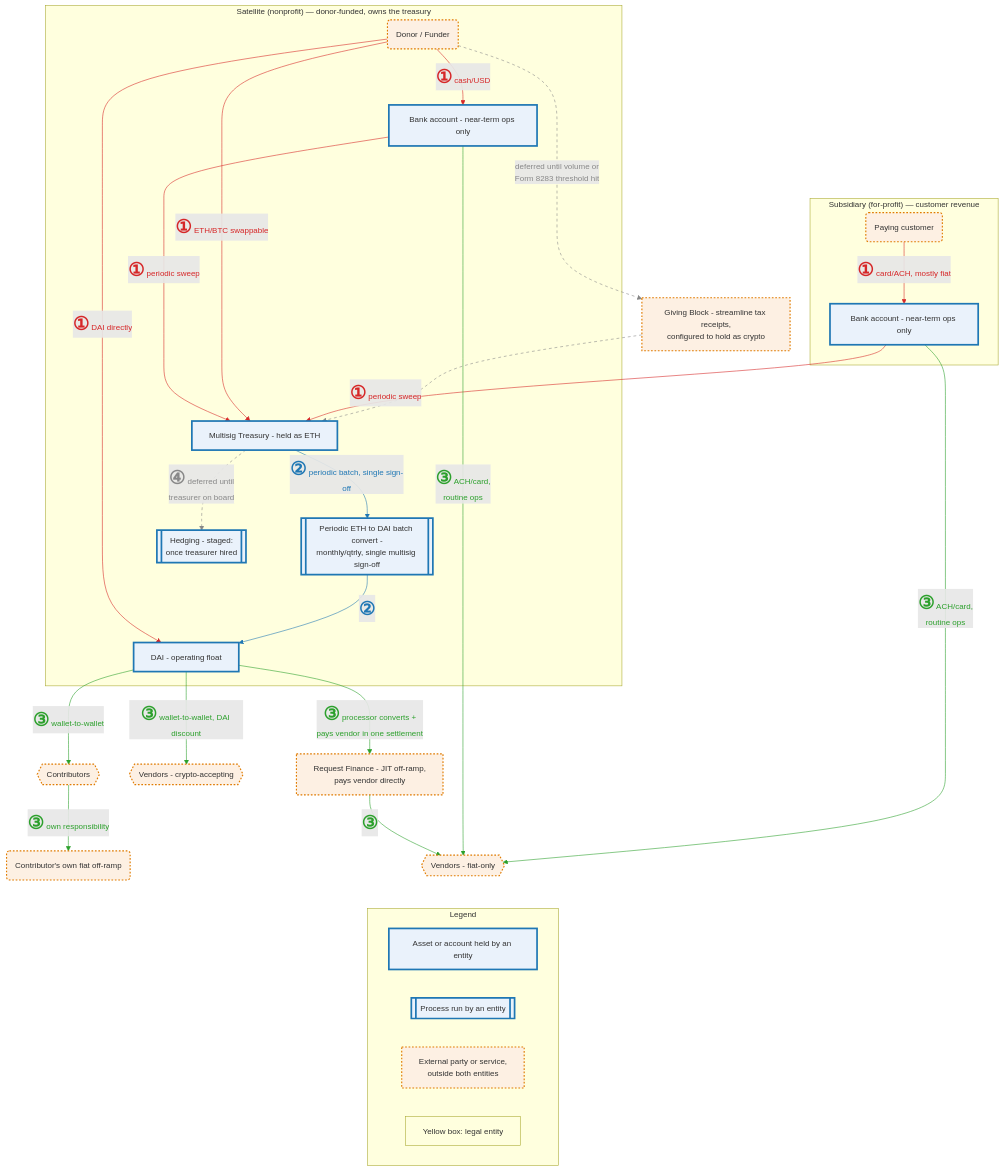
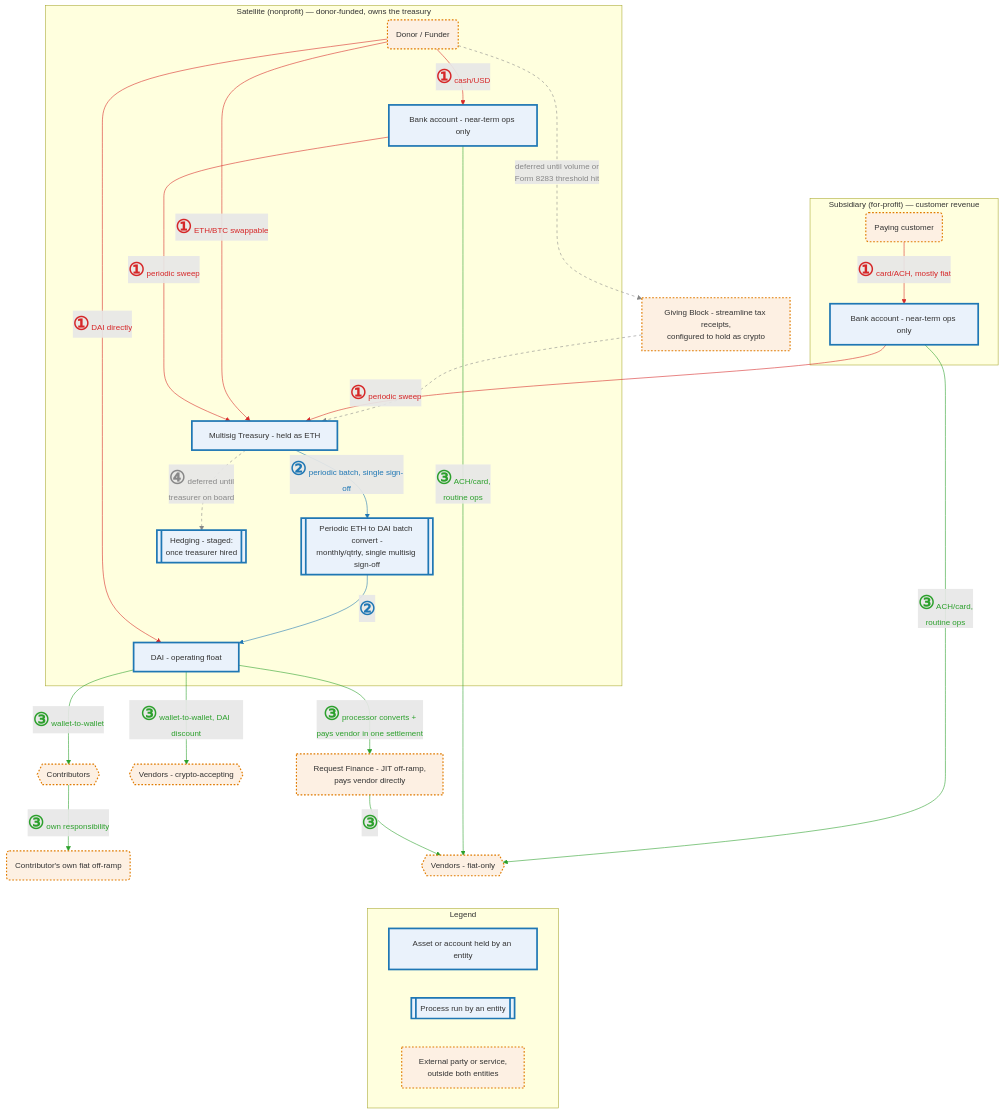
The diagram in governance/diagrams/fund-flows.mmd (doikayt/admin), drawn with Mermaid before and after one commit. The commit also changed 1 other file, not shown here.

Commit message:
docs: drop redundant legal-entity entry from fund-flows legend
The entity boxes already carry their own titles, and the legend's container was
itself a yellow box, so the entry was redundant and self-referential.

```diff
--- a/governance/diagrams/fund-flows.mmd
+++ b/governance/diagrams/fund-flows.mmd
@@ -1,70 +1,67 @@
 %%{init: {"themeVariables": {"fontSize": "14px"}}}%%
 flowchart TD
     subgraph SAT["Satellite (nonprofit) — donor-funded, owns the treasury"]
         Donor(Donor / Funder)
         SatBank[Bank account - near-term ops only]
         Treasury[Multisig Treasury - held as ETH]
         BatchConvert[[Periodic ETH to DAI batch convert -<br/>monthly/qtrly, single multisig sign-off]]
         DAIFloat[DAI - operating float]
         Hedge[[Hedging - staged:<br/>once treasurer hired]]
     end
 
     subgraph SUB["Subsidiary (for-profit) — customer revenue"]
         Customer(Paying customer)
         SubBank[Bank account - near-term ops only]
     end
 
     DonationProcessor[Giving Block - streamline tax receipts,<br/>configured to hold as crypto]
     Contributors{{Contributors}}
     ContribOfframp(Contributor's own fiat off-ramp)
     VendorsCrypto{{Vendors - crypto-accepting}}
     OffRampJIT[Request Finance - JIT off-ramp,<br/>pays vendor directly]
     VendorsFiat{{Vendors - fiat-only}}
 
     subgraph LEGEND["Legend"]
         L1[Asset or account held by an entity]
         L1b[[Process run by an entity]]
         L2[External party or service,<br/>outside both entities]
-        L3[Yellow box: legal entity]
     end
 
     Donor -- "<b style='font-size:2.3em'>①</b> cash/USD" --> SatBank
     SatBank -- "<b style='font-size:2.3em'>①</b> periodic sweep" --> Treasury
     Donor -- "<b style='font-size:2.3em'>①</b> DAI directly" --> DAIFloat
     Donor -- "<b style='font-size:2.3em'>①</b> ETH/BTC swappable" --> Treasury
     Customer -- "<b style='font-size:2.3em'>①</b> card/ACH, mostly fiat" --> SubBank
     SubBank -- "<b style='font-size:2.3em'>①</b> periodic sweep" --> Treasury
 
     Donor -.->|"deferred until volume or<br/>Form 8283 threshold hit"| DonationProcessor
 
     Treasury -- "<b style='font-size:2.3em'>②</b> periodic batch, single sign-off" --> BatchConvert
     BatchConvert -- "<b style='font-size:2.3em'>②</b>" --> DAIFloat
 
     DAIFloat -- "<b style='font-size:2.3em'>③</b> wallet-to-wallet" --> Contributors
     Contributors -- "<b style='font-size:2.3em'>③</b> own responsibility" --> ContribOfframp
     DAIFloat -- "<b style='font-size:2.3em'>③</b> wallet-to-wallet, DAI discount" --> VendorsCrypto
     DAIFloat -- "<b style='font-size:2.3em'>③</b> processor converts +<br/>pays vendor in one settlement" --> OffRampJIT
     OffRampJIT -- "<b style='font-size:2.3em'>③</b>" --> VendorsFiat
     SatBank -- "<b style='font-size:2.3em'>③</b> ACH/card,<br/>routine ops" --> VendorsFiat
     SubBank -- "<b style='font-size:2.3em'>③</b> ACH/card,<br/>routine ops" --> VendorsFiat
 
     Treasury -.->|"<b style='font-size:2.3em'>④</b> deferred until<br/>treasurer on board"| Hedge
 
     SatBank ~~~ Customer
     VendorsFiat ~~~ LEGEND
     DonationProcessor -.-> Treasury
 
     linkStyle 0,1,2,3,4,5 stroke:#d62728,color:#d62728
     linkStyle 7,8 stroke:#1f77b4,color:#1f77b4
     linkStyle 9,10,11,12,13,14,15 stroke:#2ca02c,color:#2ca02c
     linkStyle 6,16,19 stroke:#888888,color:#888888,stroke-dasharray: 5 5
 
     classDef owned fill:#eaf2fb,stroke:#1f77b4,stroke-width:3px
-    classDef entity fill:#ffffde,stroke:#aaaa33,stroke-width:1px
     classDef external fill:#fdf0e3,stroke:#e07b00,stroke-width:2px,stroke-dasharray:3 3
     class L1,L1b owned
-    class L3 entity
     class L2 external
     class Treasury,SatBank,SubBank,BatchConvert,DAIFloat,Hedge owned
     class Donor,DonationProcessor,Customer,Contributors,ContribOfframp external
     class VendorsCrypto,OffRampJIT,VendorsFiat external
```
